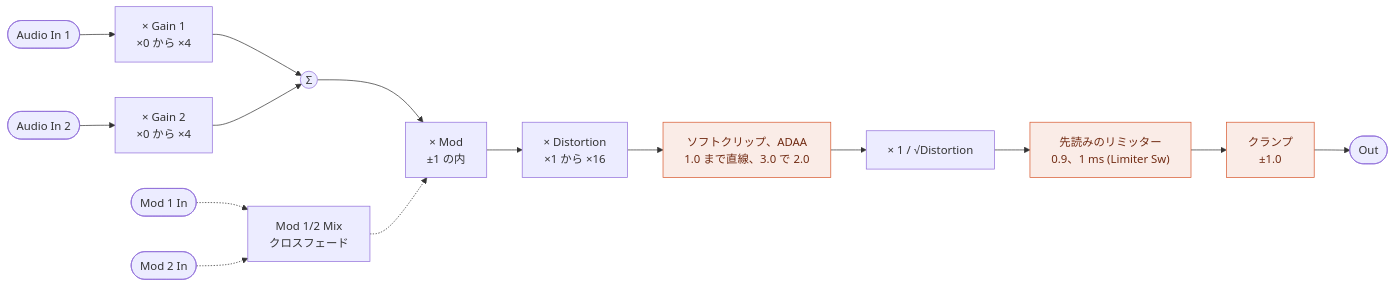
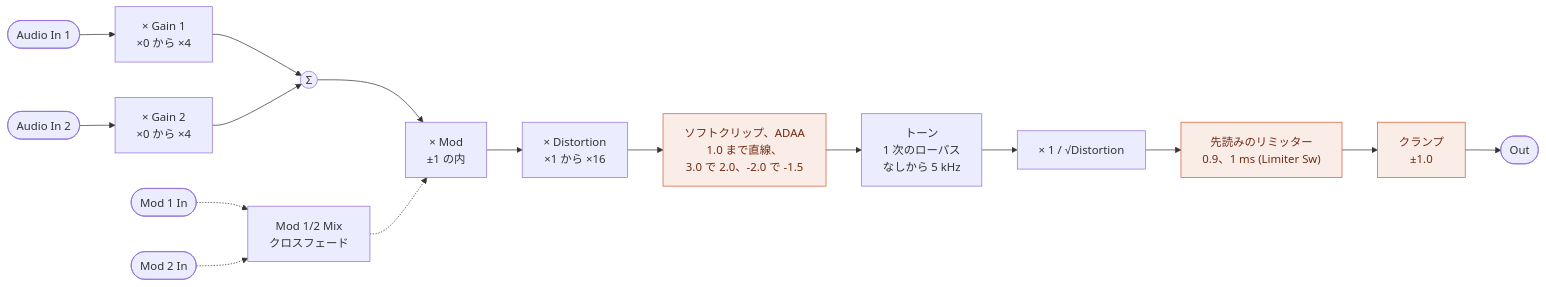
The third of 5 diagrams in spms1_type2/spms1_patching.ja.md (risgk/midi_synthesizer_spms1), drawn with Mermaid before and after one commit. The commit also changed other lines of this file and 6 other files, not shown here.

First line of the commit message:
type-2: Amp 1 Distortion: a tone after the curve, and a shoulder below zero half as long

````diff
--- a/spms1_type2/spms1_patching.ja.md
+++ b/spms1_type2/spms1_patching.ja.md
@@ -149,19 +149,20 @@
 ```mermaid
 flowchart LR
   IN1([Audio In 1]) --> G1["× Gain 1<br/>×0 から ×4"]
   IN2([Audio In 2]) --> G2["× Gain 2<br/>×0 から ×4"]
   G1 --> SUM((Σ))
   G2 --> SUM
   SUM --> M["× Mod<br/>±1 の内"]
   MOD1([Mod 1 In]) -.-> MX["Mod 1/2 Mix<br/>クロスフェード"]
   MOD2([Mod 2 In]) -.-> MX
   MX -.-> M
   M --> DRV["× Distortion<br/>×1 から ×16"]
-  DRV --> SC["ソフトクリップ、ADAA<br/>1.0 まで直線、3.0 で 2.0"]
-  SC --> MU["× 1 / √Distortion"]
+  DRV --> SC["ソフトクリップ、ADAA<br/>1.0 まで直線、<br/>3.0 で 2.0、-2.0 で -1.5"]
+  SC --> TONE["トーン<br/>1 次のローパス<br/>なしから 5 kHz"]
+  TONE --> MU["× 1 / √Distortion"]
   MU --> LIM["先読みのリミッター<br/>0.9、1 ms (Limiter Sw)"]
   LIM --> CL["クランプ<br/>±1.0"]
   CL --> OUT([Out])
   classDef nl fill:#FAECE7,stroke:#D85A30,color:#712B13
   class SC,LIM,CL nl
 ```
````
